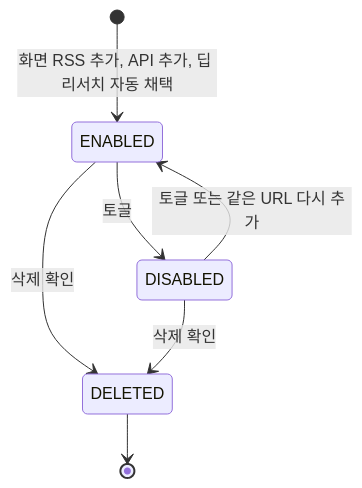
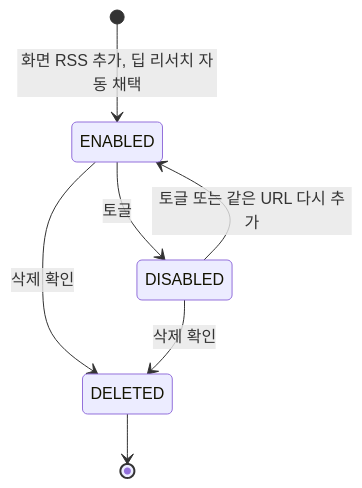
One commit to ozplayground/agent-lens changed the fourth of 6 diagrams in docs/spec-writer/03_POLICIES_AND_EDGES.md. Above: the diagram before and after it, drawn with Mermaid. The commit also changed other lines of this file and 216 other files, not shown here.

````diff
--- a/docs/spec-writer/03_POLICIES_AND_EDGES.md
+++ b/docs/spec-writer/03_POLICIES_AND_EDGES.md
@@ -80,9 +84,9 @@
 ```mermaid
 stateDiagram-v2
-    [*] --> ENABLED: 화면 RSS 추가, API 추가, 딥 리서치 자동 채택
+    [*] --> ENABLED: 화면 RSS 추가, 딥 리서치 자동 채택
     ENABLED --> DISABLED: 토글
     DISABLED --> ENABLED: 토글 또는 같은 URL 다시 추가
     ENABLED --> DELETED: 삭제 확인
     DISABLED --> DELETED: 삭제 확인
     DELETED --> [*]
 ```
````
